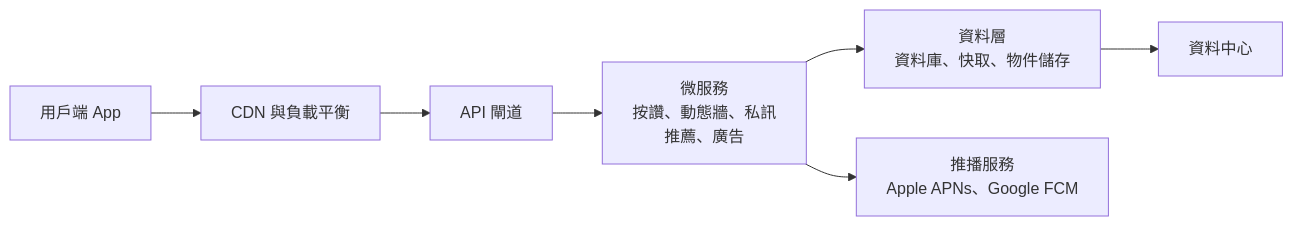
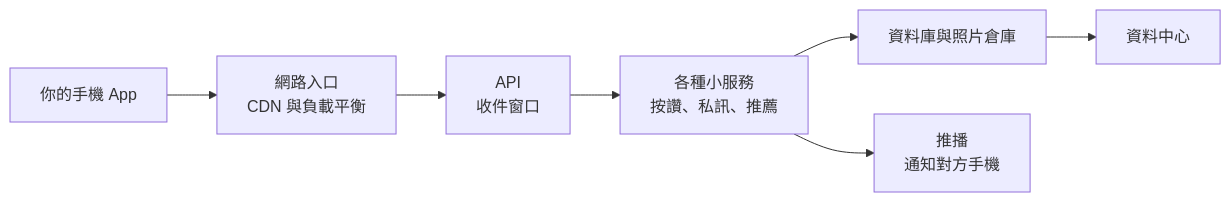
One commit to cychiang-ntpu/VibeNTPU changed the diagram in lectures/wk01_1007_saas-storefront/README.md. Above: the diagram before and after it, drawn with Mermaid. The commit also changed other lines of this file and 41 other files, not shown here.

````diff
--- a/lectures/wk01_1007_saas-storefront/README.md
+++ b/lectures/wk01_1007_saas-storefront/README.md
@@ -105,5 +114,9 @@
 ```mermaid
 flowchart LR
-    A["用戶端 App"] --> B["CDN 與負載平衡"] --> C["API 閘道"] --> D["微服務<br/>按讚、動態牆、私訊<br/>推薦、廣告"] --> E["資料層<br/>資料庫、快取、物件儲存"] --> F["資料中心"]
-    D --> G["推播服務<br/>Apple APNs、Google FCM"]
+    A["你的手機 App"] --> B["網路入口<br/>CDN 與負載平衡"]
+    B --> C["API<br/>收件窗口"]
+    C --> D["各種小服務<br/>按讚、私訊、推薦"]
+    D --> E["資料庫與照片倉庫"]
+    D --> F["推播<br/>通知對方手機"]
+    E --> G["資料中心"]
 ```
````
